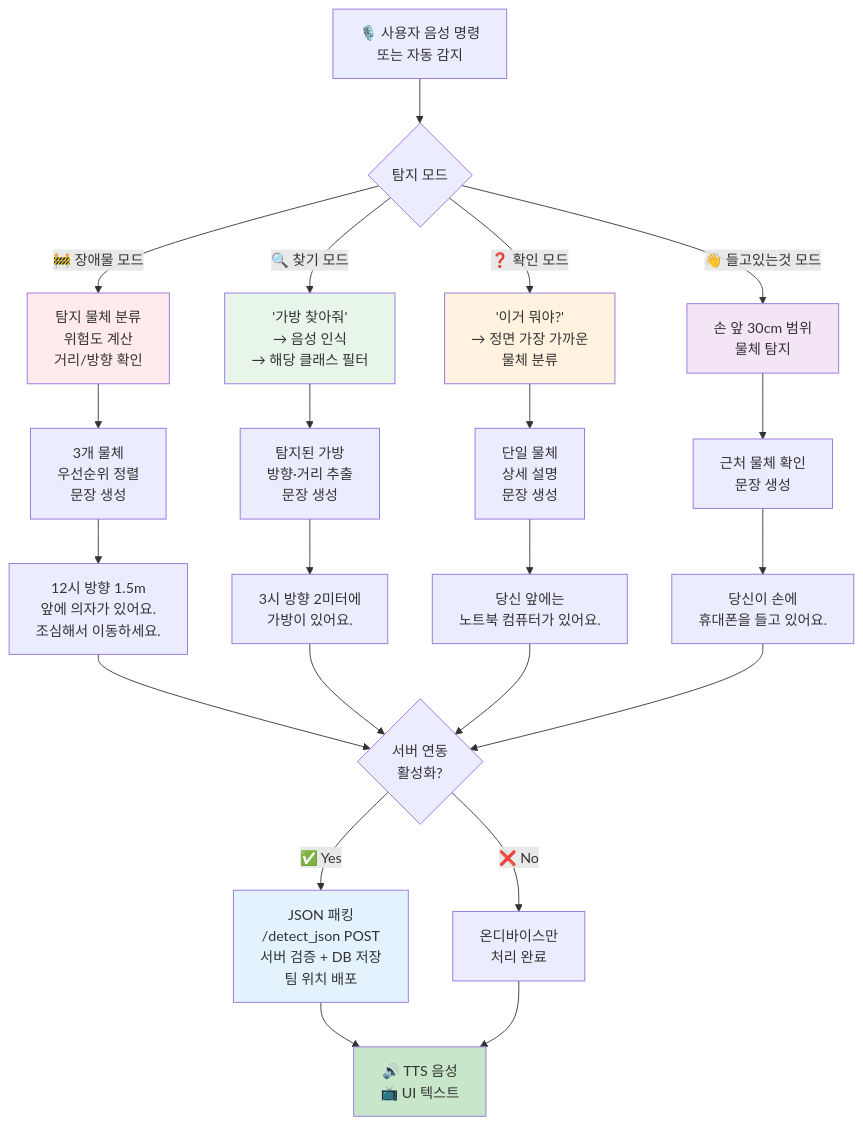
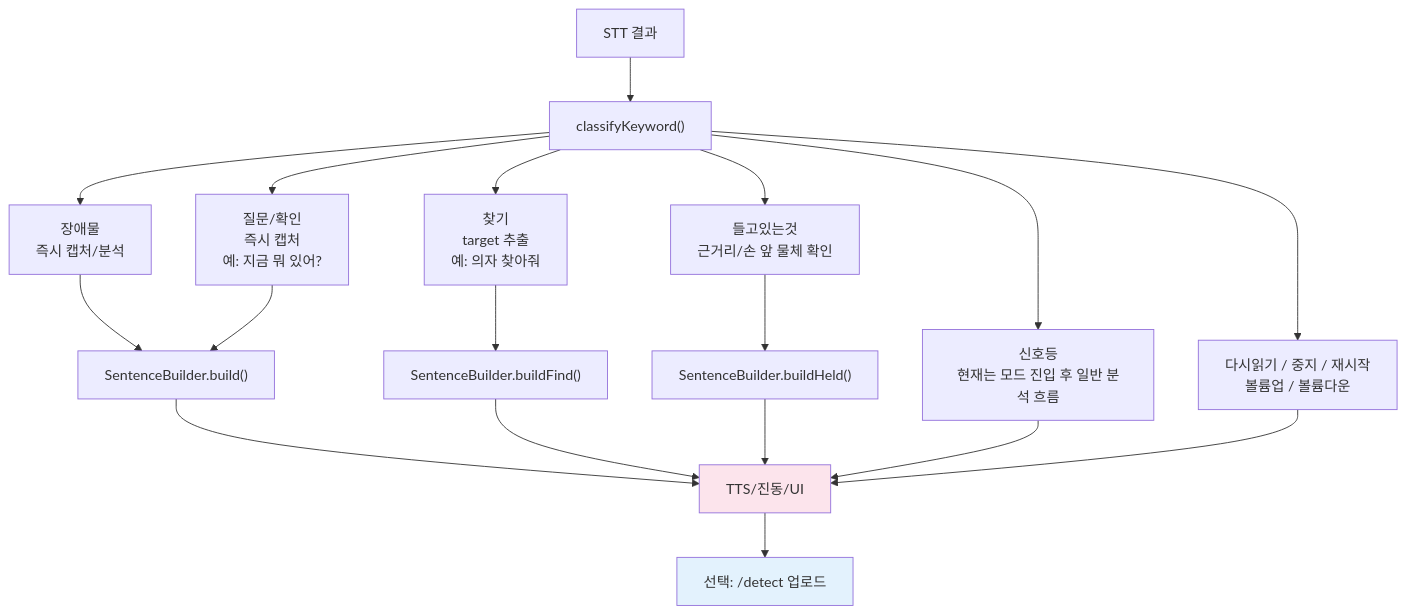
The third of 5 diagrams in ARCHITECTURE_DIAGRAMS.md (coding-jhj/First_Project), drawn with Mermaid before and after one commit. The commit also changed other lines of this file and 2 other files, not shown here.

````diff
--- a/ARCHITECTURE_DIAGRAMS.md
+++ b/ARCHITECTURE_DIAGRAMS.md
@@ -119,40 +106,27 @@
 ```mermaid
 graph TD
-    Start["🎙️ 사용자 음성 명령<br/>또는 자동 감지"]
-    
-    Start --> Mode{탐지 모드}
-    
-    Mode -->|"🚧 장애물 모드"| Obstacle["탐지 물체 분류<br/>위험도 계산<br/>거리/방향 확인"]
-    Obstacle --> ObsNLG["3개 물체<br/>우선순위 정렬<br/>문장 생성"]
-    ObsNLG --> ObsOut["12시 방향 1.5m<br/>앞에 의자가 있어요.<br/>조심해서 이동하세요."]
-    
-    Mode -->|"🔍 찾기 모드"| Find["'가방 찾아줘'<br/>→ 음성 인식<br/>→ 해당 클래스 필터"]
-    Find --> FindNLG["탐지된 가방<br/>방향·거리 추출<br/>문장 생성"]
-    FindNLG --> FindOut["3시 방향 2미터에<br/>가방이 있어요."]
-    
-    Mode -->|"❓ 확인 모드"| Question["'이거 뭐야?'<br/>→ 정면 가장 가까운<br/>물체 분류"]
-    Question --> QuestNLG["단일 물체<br/>상세 설명<br/>문장 생성"]
-    QuestNLG --> QuestOut["당신 앞에는<br/>노트북 컴퓨터가 있어요."]
-    
-    Mode -->|"👋 들고있는것 모드"| Held["손 앞 30cm 범위<br/>물체 탐지"]
-    Held --> HeldNLG["근처 물체 확인<br/>문장 생성"]
-    HeldNLG --> HeldOut["당신이 손에<br/>휴대폰을 들고 있어요."]
-    
-    ObsOut --> Decision{"서버 연동<br/>활성화?"}
-    FindOut --> Decision
-    QuestOut --> Decision
-    HeldOut --> Decision
-    
-    Decision -->|"✅ Yes"| ServerSync["JSON 패킹<br/>/detect_json POST<br/>서버 검증 + DB 저장<br/>팀 위치 배포"]
-    Decision -->|"❌ No"| LocalOnly["온디바이스만<br/>처리 완료"]
-    
-    ServerSync --> End["🔊 TTS 음성<br/>📺 UI 텍스트"]
-    LocalOnly --> End
-    
-    style Obstacle fill:#ffebee
-    style Find fill:#e8f5e9
-    style Question fill:#fff3e0
-    style Held fill:#f3e5f5
-    style ServerSync fill:#e3f2fd
-    style End fill:#c8e6c9
+    Voice["STT 결과"] --> Classify["classifyKeyword()"]
+
+    Classify --> Obstacle["장애물<br/>즉시 캡처/분석"]
+    Classify --> Find["찾기<br/>target 추출<br/>예: 의자 찾아줘"]
+    Classify --> Question["질문/확인<br/>즉시 캡처<br/>예: 지금 뭐 있어?"]
+    Classify --> Held["들고있는것<br/>근거리/손 앞 물체 확인"]
+    Classify --> Traffic["신호등<br/>현재는 모드 진입 후 일반 분석 흐름"]
+    Classify --> Control["다시읽기 / 중지 / 재시작<br/>볼륨업 / 볼륨다운"]
+
+    Obstacle --> LocalNlg["SentenceBuilder.build()"]
+    Find --> LocalNlgFind["SentenceBuilder.buildFind()"]
+    Question --> LocalNlg
+    Held --> LocalNlgHeld["SentenceBuilder.buildHeld()"]
+
+    LocalNlg --> Speak["TTS/진동/UI"]
+    LocalNlgFind --> Speak
+    LocalNlgHeld --> Speak
+    Traffic --> Speak
+    Control --> Speak
+
+    Speak --> Upload["선택: /detect 업로드"]
+
+    style Speak fill:#fce4ec
+    style Upload fill:#e3f2fd
 ```
````
